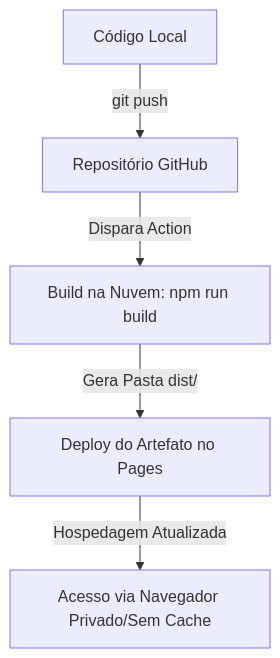
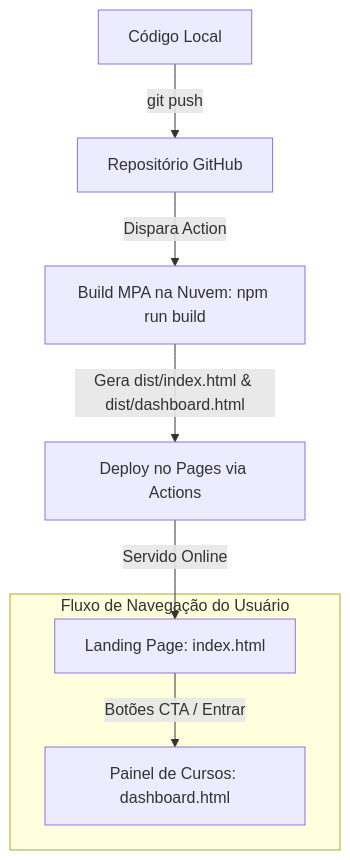
The diagram in contexto.md (renato0503/AcademiaDoExtrajudicial), drawn with Mermaid before and after one commit. The commit also changed other lines of this file, not shown here.

Commit message:
docs: atualiza contexto.md com a landing page e estrutura MPA

````diff
--- a/contexto.md
+++ b/contexto.md
@@ -70,7 +83,12 @@
 ```mermaid
 graph TD
     A[Código Local] -->|git push| B[Repositório GitHub]
-    B -->|Dispara Action| C[Build na Nuvem: npm run build]
-    C -->|Gera Pasta dist/| D[Deploy do Artefato no Pages]
-    D -->|Hospedagem Atualizada| E[Acesso via Navegador Privado/Sem Cache]
+    B -->|Dispara Action| C[Build MPA na Nuvem: npm run build]
+    C -->|Gera dist/index.html & dist/dashboard.html| D[Deploy no Pages via Actions]
+    
+    subgraph Fluxo de Navegação do Usuário
+        E[Landing Page: index.html] -->|Botões CTA / Entrar| F[Painel de Cursos: dashboard.html]
+    end
+    
+    D -->|Servido Online| E
 ```
````
